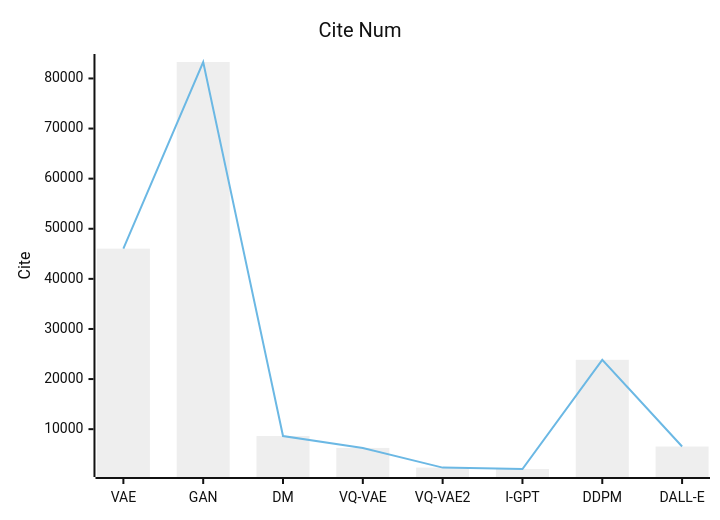
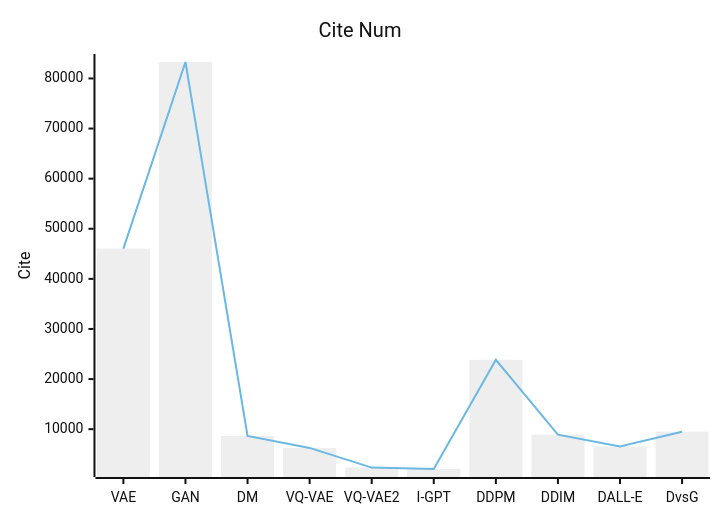
Before and after one commit to Elephant-King9/Paper: the fourth of 4 diagrams in Base_Model/GAN+VAE+Diffusion/analyse.md, drawn with Mermaid (neutral theme). The commit also changed other lines of this file and 5 other files, not shown here.

````diff
--- a/Base_Model/GAN+VAE+Diffusion/analyse.md
+++ b/Base_Model/GAN+VAE+Diffusion/analyse.md
@@ -96,8 +105,8 @@
 ```mermaid
     xychart-beta
     title "Cite Num"
-    x-axis [VAE,GAN,DM,VQ-VAE,VQ-VAE2,I-GPT,DDPM,DALL-E]
+    x-axis [VAE,GAN,DM,VQ-VAE,VQ-VAE2,I-GPT,DDPM,DDIM,DALL-E,D vs G]
     y-axis "Cite" 
-    bar [46034, 83283, 8634,6258, 2329, 2050, 23847, 6536]
-    line [46034, 83283, 8634,6258, 2329, 2050, 23847, 6536]
+    bar [46034, 83283, 8634,6258, 2329, 2050, 23847, 8896,6536, 9492]
+    line [46034, 83283, 8634,6258, 2329, 2050, 23847, 8896,6536, 9492]
 ```
````
